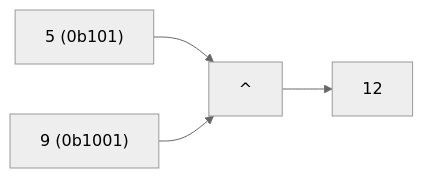
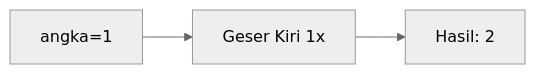
Before and after one commit to amnahwaida/OSNK_INF_PREP: the ninth of 25 diagrams in part-c-pemahaman-cpp/06-bitwise/latihan/set-10.md, drawn with Mermaid (neutral theme). The commit also changed other lines of this file and 71 other files, not shown here.

````diff
--- a/part-c-pemahaman-cpp/06-bitwise/latihan/set-10.md
+++ b/part-c-pemahaman-cpp/06-bitwise/latihan/set-10.md
@@ -232,6 +239,5 @@
 ```mermaid
 graph LR
-A["5 (0b101)"] --> C["^"]
-B["9 (0b1001)"] --> C
-C --> D["12"]
+A["angka=1"] --> B["Geser Kiri 1x"]
+B --> C["Hasil: 2"]
 ```
````
